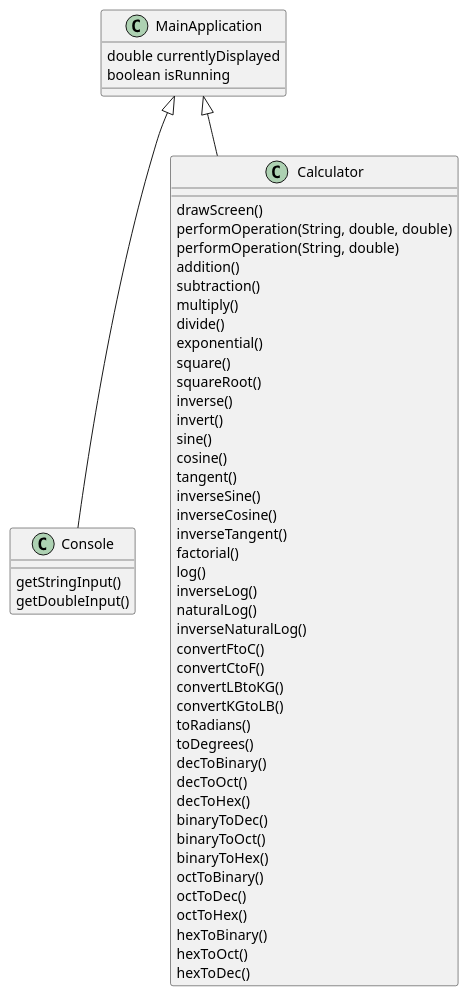
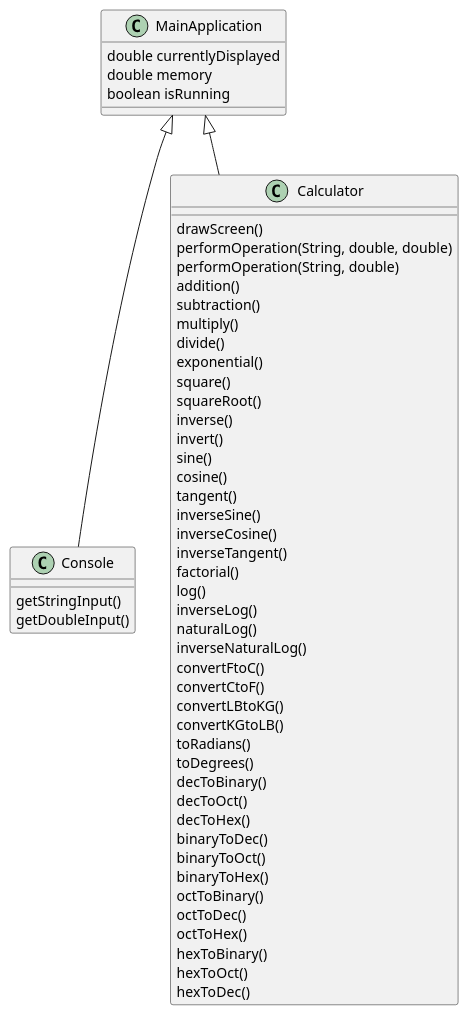
The diagram in src/uml.puml (ZipCodeCore/ScientificCalculator), drawn with PlantUML before and after one commit.

Commit message:
Updated UML

```diff
--- a/src/uml.puml
+++ b/src/uml.puml
@@ -1,78 +1,79 @@
 @startuml
 'https://plantuml.com/class-diagram
 
 'abstract class AbstractList
 'abstract AbstractCollection
 'interface List
 'interface Collection
 
 class MainApplication{
     double currentlyDisplayed
+    double memory
     boolean isRunning
 
 
 }
 
 class Console{
     getStringInput()
     getDoubleInput()
 }
 
 class Calculator{
     drawScreen()
     performOperation(String, double, double)
     performOperation(String, double)
     addition()
     subtraction()
     multiply()
     divide()
     exponential()
     square()
     squareRoot()
     inverse()
     invert()
     sine()
     cosine()
     tangent()
     inverseSine()
     inverseCosine()
     inverseTangent()
     factorial()
     log()
     inverseLog()
     naturalLog()
     inverseNaturalLog()
     convertFtoC()
     convertCtoF()
     convertLBtoKG()
     convertKGtoLB()
     toRadians()
     toDegrees()
     decToBinary()
     decToOct()
     decToHex()
     binaryToDec()
     binaryToOct()
     binaryToHex()
     octToBinary()
     octToDec()
     octToHex()
     hexToBinary()
     hexToOct()
     hexToDec()
 }
 
 'List <|-- AbstractList
 'Collection <|-- AbstractCollection
 
 MainApplication <|-- Console
 MainApplication <|-- Calculator
 
 'class ArrayList {
 'Object[] elementData
 'size()
 '}
 
 
 
 @enduml
```
